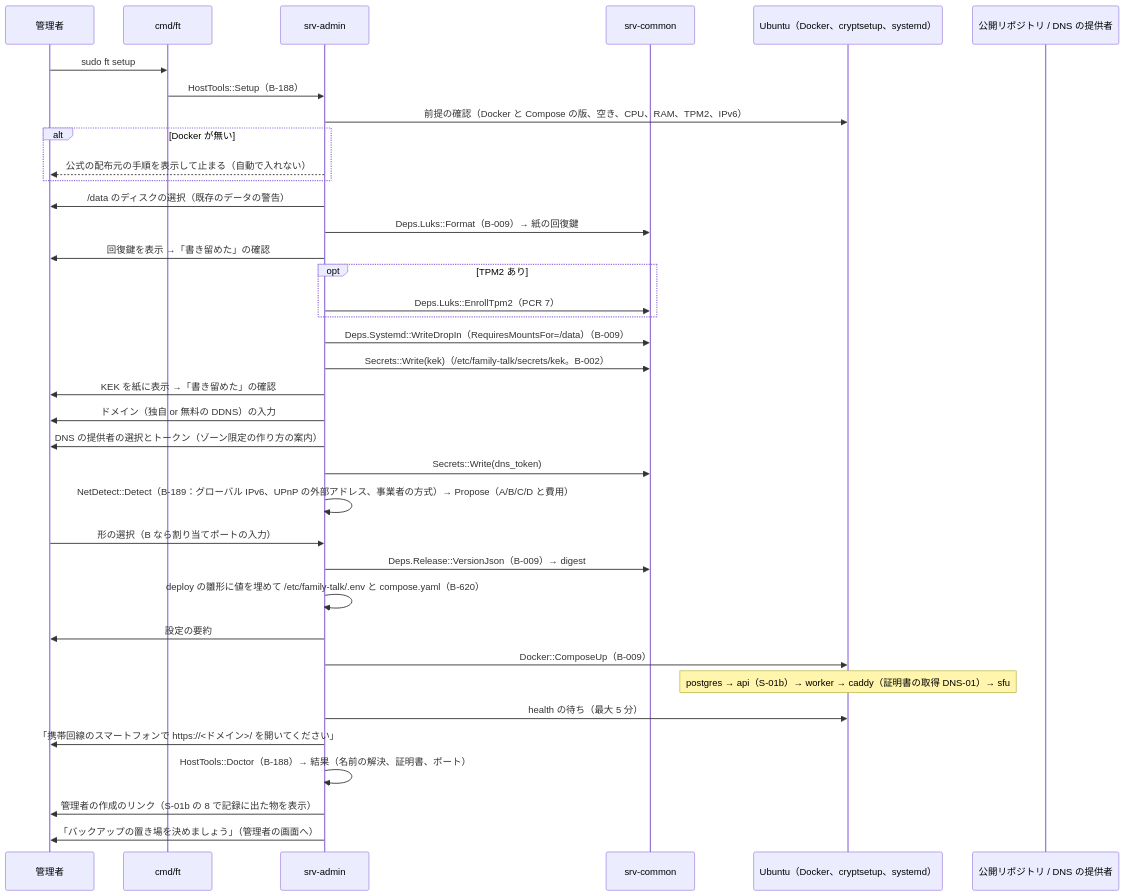
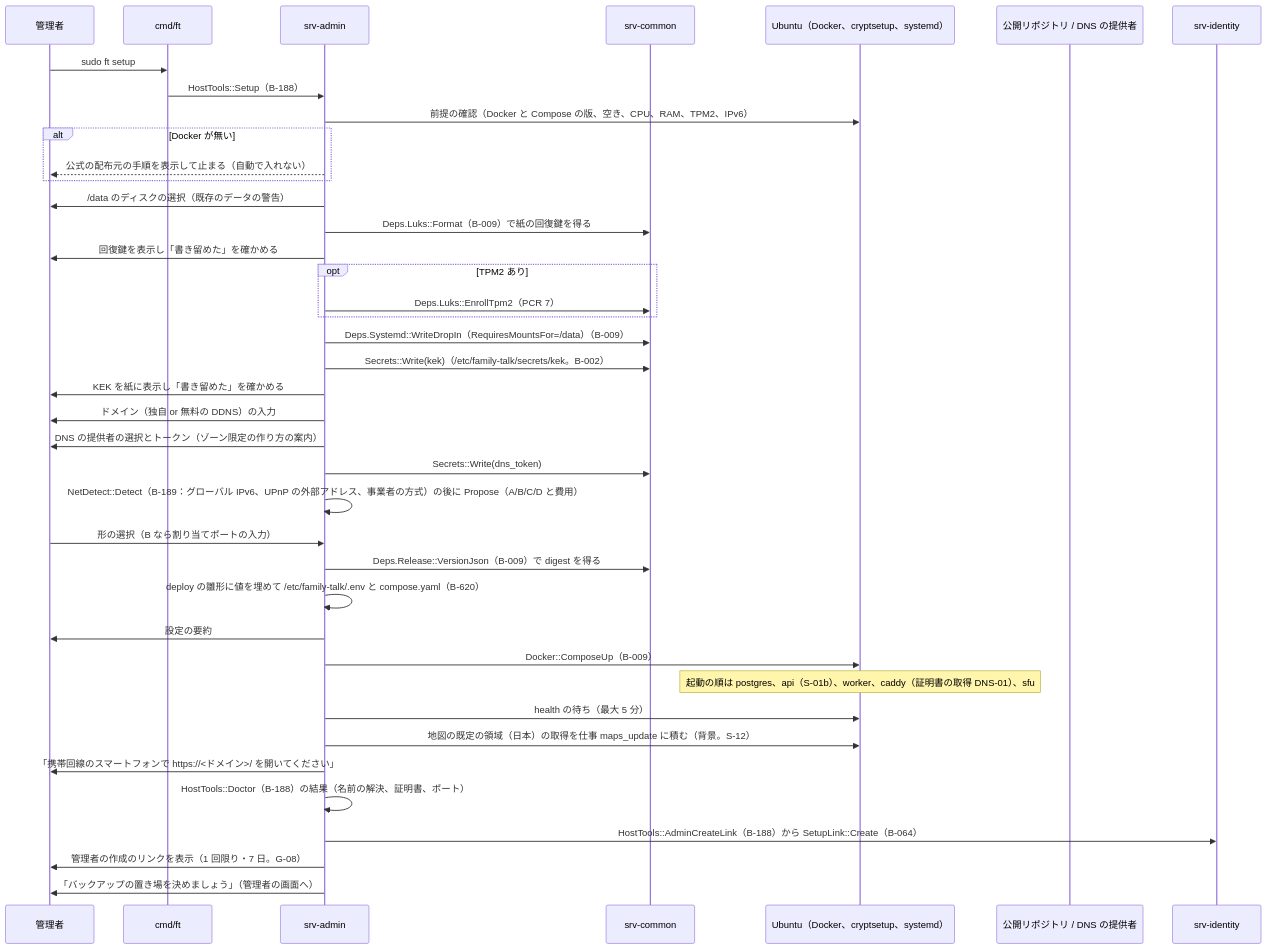
Before and after one commit to nrsd-ishikawasou/family-talk-pwa: the first of 4 diagrams in dev/docs/jp/シーケンス/01_起動.md, drawn with Mermaid. The commit also changed other lines of this file and 290 other files, not shown here.

````diff
--- a/dev/docs/jp/シーケンス/01_起動.md
+++ b/dev/docs/jp/シーケンス/01_起動.md
@@ -10,39 +16,42 @@
 ```mermaid
 sequenceDiagram
   participant U as 管理者
   participant CF as cmd/ft
   participant AD as srv-admin
   participant CM as srv-common
   participant OS as Ubuntu（Docker、cryptsetup、systemd）
   participant EXT as 公開リポジトリ / DNS の提供者
+  participant ID as srv-identity
   U->>CF: sudo ft setup
   CF->>AD: HostTools::Setup（B-188）
   AD->>OS: 前提の確認（Docker と Compose の版、空き、CPU、RAM、TPM2、IPv6）
   alt Docker が無い
     AD-->>U: 公式の配布元の手順を表示して止まる（自動で入れない）
   end
   AD->>U: /data のディスクの選択（既存のデータの警告）
-  AD->>CM: Deps.Luks::Format（B-009）→ 紙の回復鍵
-  AD->>U: 回復鍵を表示 →「書き留めた」の確認
+  AD->>CM: Deps.Luks::Format（B-009）で紙の回復鍵を得る
+  AD->>U: 回復鍵を表示し「書き留めた」を確かめる
   opt TPM2 あり
     AD->>CM: Deps.Luks::EnrollTpm2（PCR 7）
   end
   AD->>CM: Deps.Systemd::WriteDropIn（RequiresMountsFor=/data）（B-009）
   AD->>CM: Secrets::Write(kek)（/etc/family-talk/secrets/kek。B-002）
-  AD->>U: KEK を紙に表示 →「書き留めた」の確認
+  AD->>U: KEK を紙に表示し「書き留めた」を確かめる
   AD->>U: ドメイン（独自 or 無料の DDNS）の入力
   AD->>U: DNS の提供者の選択とトークン（ゾーン限定の作り方の案内）
   AD->>CM: Secrets::Write(dns_token)
-  AD->>AD: NetDetect::Detect（B-189：グローバル IPv6、UPnP の外部アドレス、事業者の方式）→ Propose（A/B/C/D と費用）
+  AD->>AD: NetDetect::Detect（B-189：グローバル IPv6、UPnP の外部アドレス、事業者の方式）の後に Propose（A/B/C/D と費用）
   U->>AD: 形の選択（B なら割り当てポートの入力）
-  AD->>CM: Deps.Release::VersionJson（B-009）→ digest
+  AD->>CM: Deps.Release::VersionJson（B-009）で digest を得る
   AD->>AD: deploy の雛形に値を埋めて /etc/family-talk/.env と compose.yaml（B-620）
   AD->>U: 設定の要約
   AD->>OS: Docker::ComposeUp（B-009）
-  Note over OS: postgres → api（S-01b）→ worker → caddy（証明書の取得 DNS-01）→ sfu
+  Note over OS: 起動の順は postgres、api（S-01b）、worker、caddy（証明書の取得 DNS-01）、sfu
   AD->>OS: health の待ち（最大 5 分）
+  AD->>OS: 地図の既定の領域（日本）の取得を仕事 maps_update に積む（背景。S-12）
   AD->>U: 「携帯回線のスマートフォンで https://<ドメイン>/ を開いてください」
-  AD->>AD: HostTools::Doctor（B-188）→ 結果（名前の解決、証明書、ポート）
-  AD->>U: 管理者の作成のリンク（S-01b の 8 で記録に出た物を表示）
+  AD->>AD: HostTools::Doctor（B-188）の結果（名前の解決、証明書、ポート）
+  AD->>ID: HostTools::AdminCreateLink（B-188）から SetupLink::Create（B-064）
+  AD->>U: 管理者の作成のリンクを表示（1 回限り・7 日。G-08）
   AD->>U: 「バックアップの置き場を決めましょう」（管理者の画面へ）
 ```
````
